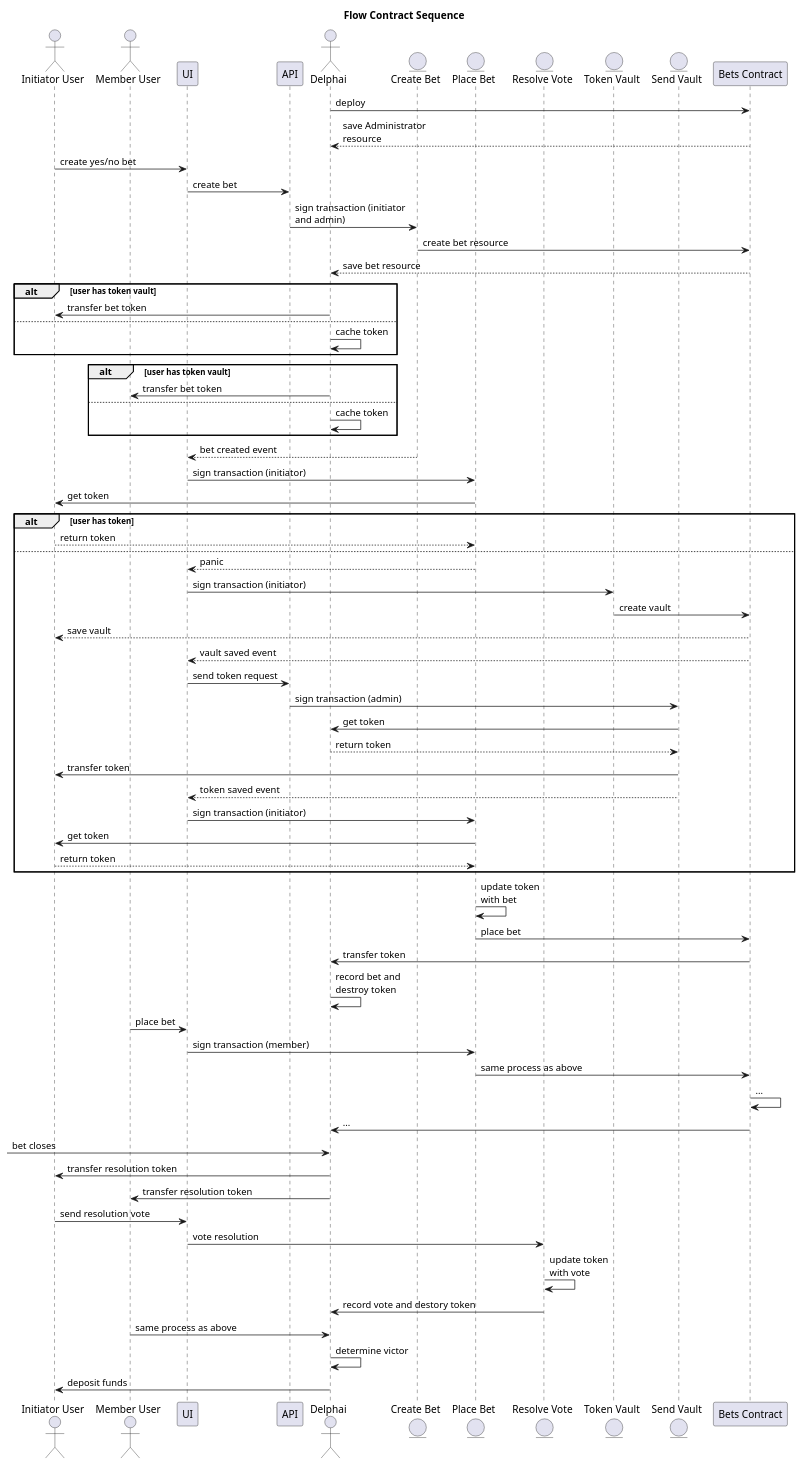
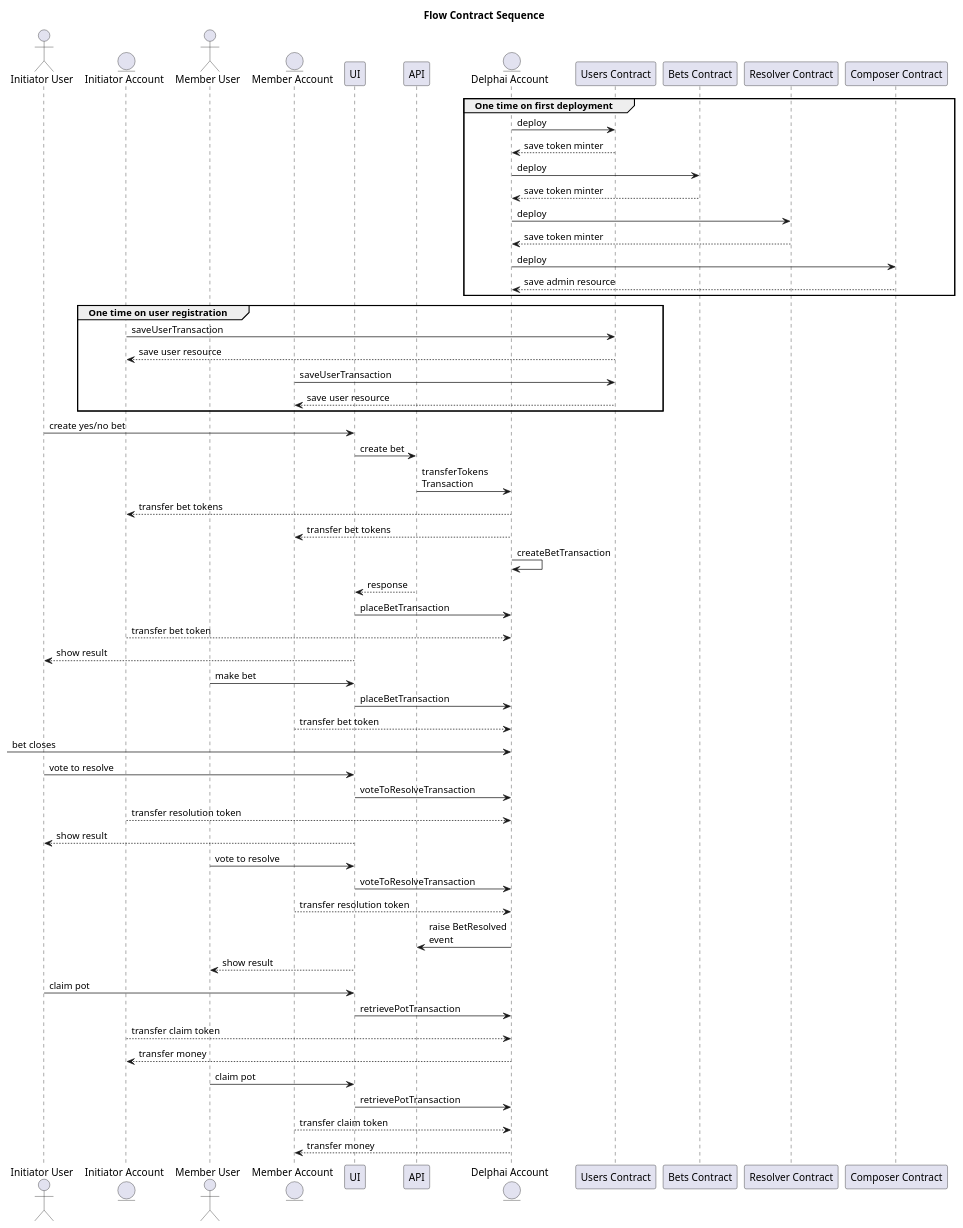
The diagram in docs/Diagrams/src/Architecture/flowContractSequence.puml (adhurjaty/prediction-app), drawn with PlantUML before and after one commit. The commit also changed 2 other files, not shown here.

Commit message:
updates diagrams

```diff
--- a/docs/Diagrams/src/Architecture/flowContractSequence.puml
+++ b/docs/Diagrams/src/Architecture/flowContractSequence.puml
@@ -1,76 +1,70 @@
 @startuml
 
 title Flow Contract Sequence
 
 actor "Initiator User" as init
+entity "Initiator Account" as initAcct
 actor "Member User" as member
+entity "Member Account" as memberAcct
 participant UI as ui
 participant API as api
-actor Delphai as delph
-' entities are transactions
-entity "Create Bet" as createTransaction
-entity "Place Bet" as betTransaction
-entity "Resolve Vote" as resolveTransaction
-entity "Token Vault" as tokenTransaction
-entity "Send Vault" as sendTransaction
-participant "Bets Contract" as contract
+entity "Delphai Account" as delph
+participant "Users Contract" as usersContract
+participant "Bets Contract" as betsContract
+participant "Resolver Contract" as resolverContract
+participant "Composer Contract" as composerContract
 
-delph -> contract : deploy
-contract --> delph : save Administrator\nresource
+group One time on first deployment
+    delph -> usersContract : deploy
+    usersContract --> delph : save token minter
+    delph -> betsContract : deploy
+    betsContract --> delph : save token minter
+    delph -> resolverContract : deploy
+    resolverContract --> delph : save token minter
+    delph -> composerContract : deploy
+    composerContract --> delph : save admin resource
+end
+group One time on user registration
+    initAcct -> usersContract : saveUserTransaction
+    usersContract --> initAcct : save user resource
+    memberAcct -> usersContract : saveUserTransaction
+    usersContract --> memberAcct : save user resource
+end
+
 init -> ui : create yes/no bet
 ui -> api : create bet
-api -> createTransaction : sign transaction (initiator\nand admin)
-createTransaction -> contract : create bet resource
-contract --> delph : save bet resource
-alt user has token vault
-    delph -> init : transfer bet token
-else
-    delph -> delph : cache token
-end
-alt user has token vault
-    delph -> member : transfer bet token
-else
-    delph -> delph : cache token
-end
-createTransaction --> ui : bet created event
-ui -> betTransaction : sign transaction (initiator)
-betTransaction -> init : get token
-alt user has token
-    init --> betTransaction : return token
-else
-    betTransaction --> ui : panic
-    ui -> tokenTransaction : sign transaction (initiator)
-    tokenTransaction -> contract : create vault
-    contract --> init : save vault
-    contract --> ui : vault saved event
-    ui -> api : send token request
-    api -> sendTransaction : sign transaction (admin)
-    sendTransaction -> delph : get token
-    delph --> sendTransaction : return token
-    sendTransaction -> init : transfer token
-    sendTransaction --> ui : token saved event
-    ui -> betTransaction : sign transaction (initiator)
-    betTransaction -> init : get token
-    init --> betTransaction : return token
-end
-betTransaction -> betTransaction : update token\nwith bet
-betTransaction -> contract : place bet
-contract -> delph : transfer token
-delph -> delph : record bet and\ndestroy token
-member -> ui : place bet
-ui -> betTransaction : sign transaction (member)
-betTransaction -> contract : same process as above
-contract -> contract : ...
-contract -> delph : ...
- -> delph : bet closes
- delph -> init : transfer resolution token
- delph -> member : transfer resolution token
-init -> ui : send resolution vote
-ui -> resolveTransaction : vote resolution
-resolveTransaction -> resolveTransaction : update token\nwith vote
-resolveTransaction -> delph : record vote and destory token
-member -> delph : same process as above
-delph -> delph : determine victor
-delph -> init : deposit funds
+api -> delph : transferTokens\nTransaction
+delph --> initAcct : transfer bet tokens
+delph --> memberAcct : transfer bet tokens
+delph -> delph : createBetTransaction
+api --> ui : response
+
+ui -> delph : placeBetTransaction
+initAcct --> delph : transfer bet token
+ui --> init : show result
+member -> ui : make bet
+ui -> delph : placeBetTransaction
+memberAcct --> delph : transfer bet token
+
+-> delph : bet closes
+
+init -> ui : vote to resolve
+ui -> delph : voteToResolveTransaction
+initAcct --> delph : transfer resolution token
+ui --> init : show result
+member -> ui : vote to resolve
+ui -> delph : voteToResolveTransaction
+memberAcct --> delph : transfer resolution token
+delph -> api : raise BetResolved\nevent
+ui --> member : show result
+
+init -> ui : claim pot
+ui -> delph : retrievePotTransaction
+initAcct --> delph : transfer claim token
+delph --> initAcct : transfer money
+member -> ui : claim pot
+ui -> delph : retrievePotTransaction
+memberAcct --> delph : transfer claim token
+delph --> memberAcct : transfer money
 
 @enduml
```
